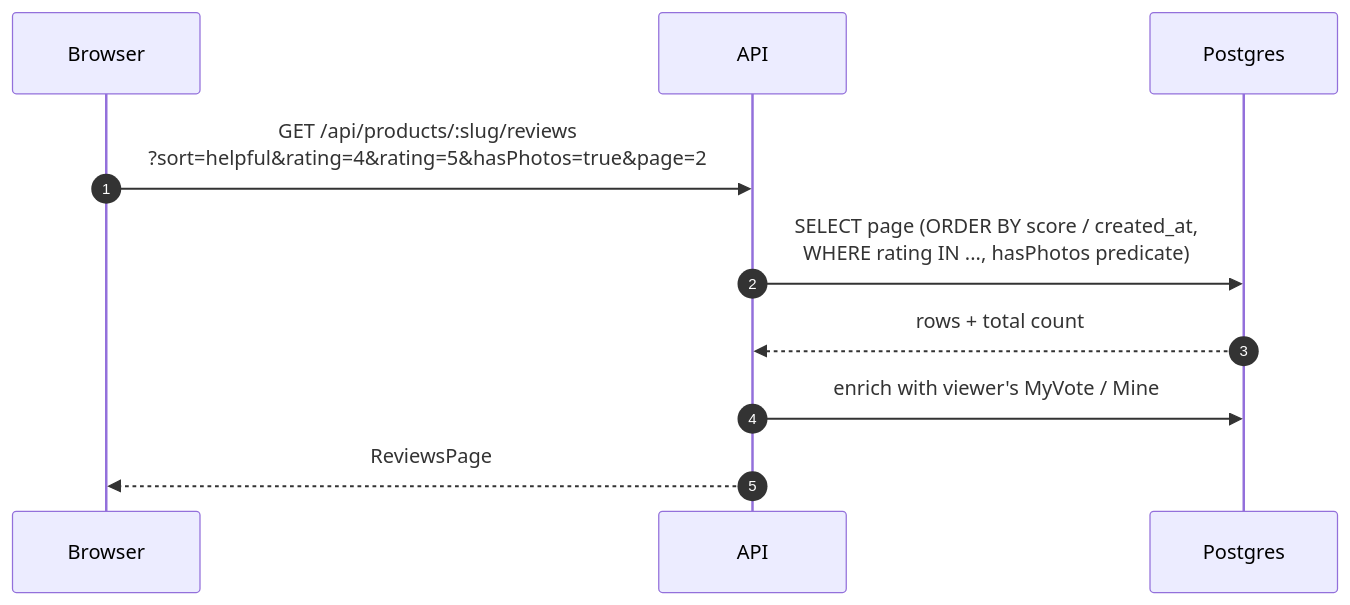
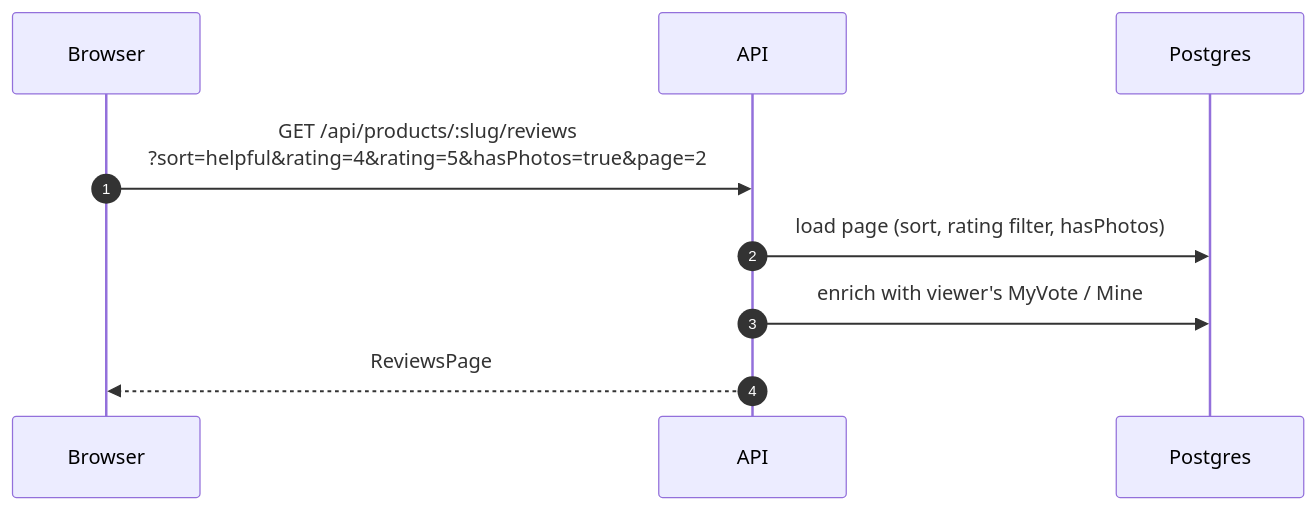
Before and after one commit to KaliCZ/reviews: the fifth of 12 diagrams in docs/flows.md, drawn with Mermaid. The commit also changed other lines of this file and 13 other files, not shown here.

````diff
--- a/docs/flows.md
+++ b/docs/flows.md
@@ -157,13 +156,12 @@
 ```mermaid
 sequenceDiagram
     autonumber
     participant B as Browser
     participant A as API
     participant P as Postgres
 
     B->>A: GET /api/products/:slug/reviews<br/>?sort=helpful&rating=4&rating=5&hasPhotos=true&page=2
-    A->>P: SELECT page (ORDER BY score / created_at,<br/>WHERE rating IN ..., hasPhotos predicate)
-    P-->>A: rows + total count
+    A->>P: load page (sort, rating filter, hasPhotos)
     A->>P: enrich with viewer's MyVote / Mine
     A-->>B: ReviewsPage
 ```
````
